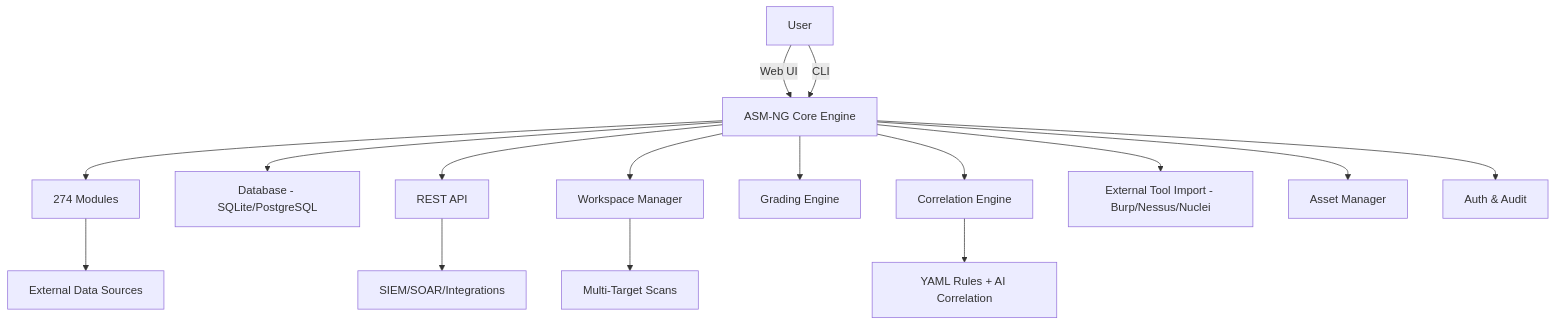
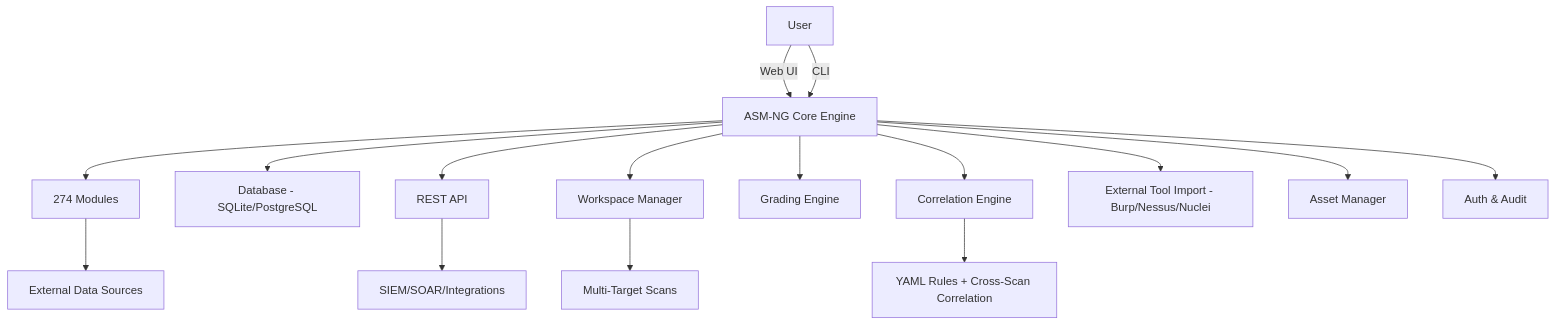
One commit to 0x31i/asm-ng changed the second of 2 diagrams in README.md. Above: the diagram before and after it, drawn with Mermaid. The commit also changed other lines of this file, not shown here.

First line of the commit message:
Remove AI buzzwords from README, reframe as correlation/analysis logic

````diff
--- a/README.md
+++ b/README.md
@@ -351,18 +353,18 @@
 ```mermaid
 graph TD;
     A[User] -->|Web UI| B[ASM-NG Core Engine];
     A -->|CLI| B;
     B --> C[274 Modules];
     B --> D[Database - SQLite/PostgreSQL];
     B --> E[REST API];
     B --> F[Workspace Manager];
     B --> G[Grading Engine];
     B --> H[Correlation Engine];
     C --> I[External Data Sources];
     E --> J[SIEM/SOAR/Integrations];
     F --> K[Multi-Target Scans];
-    H --> L[YAML Rules + AI Correlation];
+    H --> L[YAML Rules + Cross-Scan Correlation];
     B --> M[External Tool Import - Burp/Nessus/Nuclei];
     B --> N[Asset Manager];
     B --> O[Auth & Audit];
 ```
````
